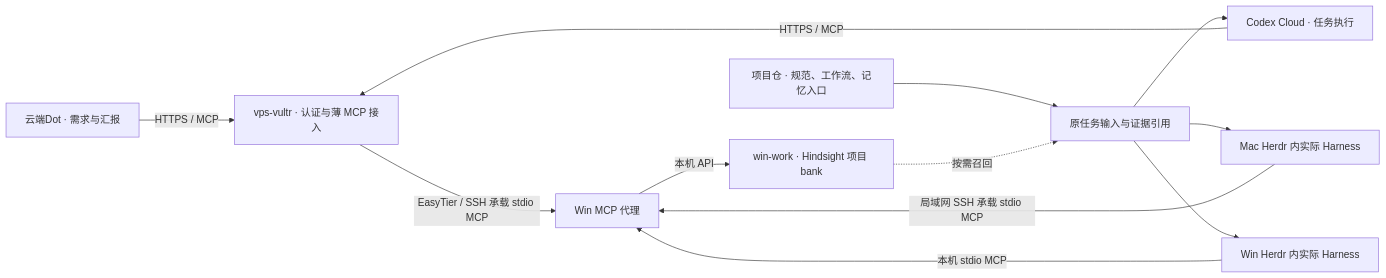
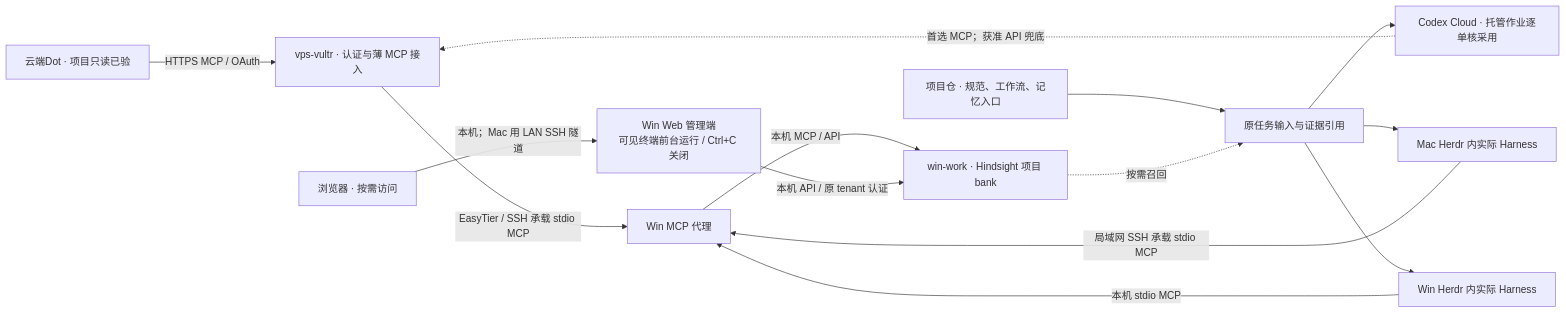
One commit to CF-FE/herdr-4-codexcloud changed the diagram in docs/hindsight-memory-integration.md. Above: the diagram before and after it, drawn with Mermaid. The commit also changed other lines of this file and 13 other files, not shown here.

Commit message:
docs: refresh architecture diagrams and verified memory status

````diff
--- a/docs/hindsight-memory-integration.md
+++ b/docs/hindsight-memory-integration.md
@@ -17,14 +17,16 @@
 ```mermaid
 flowchart LR
-    dot["云端Dot · 需求与汇报"] -->|"HTTPS / MCP"| vps["vps-vultr · 认证与薄 MCP 接入"]
-    cloud["Codex Cloud · 任务执行"] -->|"HTTPS / MCP"| vps
+    dot["云端Dot · 项目只读已验"] -->|"HTTPS MCP / OAuth"| vps["vps-vultr · 认证与薄 MCP 接入"]
+    cloud["Codex Cloud · 托管作业逐单核采用"] -.->|"首选 MCP；获准 API 兜底"| vps
     vps -->|"EasyTier / SSH 承载 stdio MCP"| proxy["Win MCP 代理"]
     mac["Mac Herdr 内实际 Harness"] -->|"局域网 SSH 承载 stdio MCP"| proxy
     win["Win Herdr 内实际 Harness"] -->|"本机 stdio MCP"| proxy
-    proxy -->|"本机 API"| memory["win-work · Hindsight 项目 bank"]
+    proxy -->|"本机 MCP / API"| memory["win-work · Hindsight 项目 bank"]
+    browser["浏览器 · 按需访问"] -->|"本机；Mac 用 LAN SSH 隧道"| ui["Win Web 管理端<br/>可见终端前台运行 / Ctrl+C 关闭"]
+    ui -->|"本机 API / 原 tenant 认证"| memory
     repo["项目仓 · 规范、工作流、记忆入口"] --> task["原任务输入与证据引用"]
     memory -."按需召回".-> task
     task --> cloud
     task --> mac
     task --> win
 ```
````
